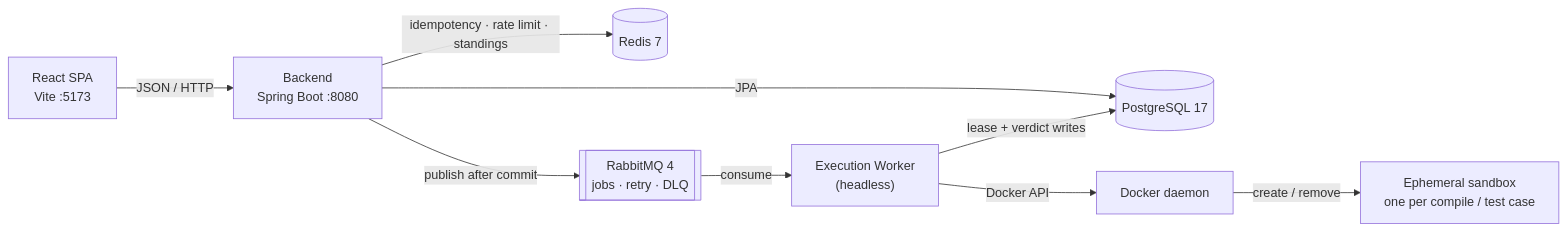
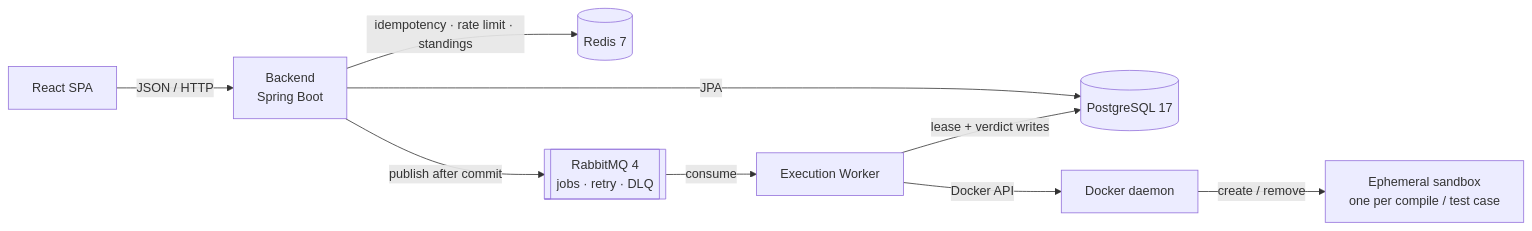
One commit to AtharvaAgalawe/Online-Judge changed the diagram in README.md. Above: the diagram before and after it, drawn with Mermaid. The commit also changed other lines of this file, not shown here.

````diff
--- a/README.md
+++ b/README.md
@@ -132,11 +68,11 @@
 ```mermaid
 flowchart LR
-    browser["React SPA<br/>Vite :5173"] -->|JSON / HTTP| api["Backend<br/>Spring Boot :8080"]
+    browser["React SPA"] -->|JSON / HTTP| api["Backend<br/>Spring Boot"]
     api -->|JPA| db[("PostgreSQL 17")]
     api -->|"idempotency · rate limit · standings"| redis[("Redis 7")]
     api -->|"publish after commit"| mq[["RabbitMQ 4<br/>jobs · retry · DLQ"]]
-    mq -->|consume| worker["Execution Worker<br/>(headless)"]
+    mq -->|consume| worker["Execution Worker"]
     worker -->|"lease + verdict writes"| db
     worker -->|Docker API| docker["Docker daemon"]
     docker -->|create / remove| sandbox["Ephemeral sandbox<br/>one per compile / test case"]
 ```
````
